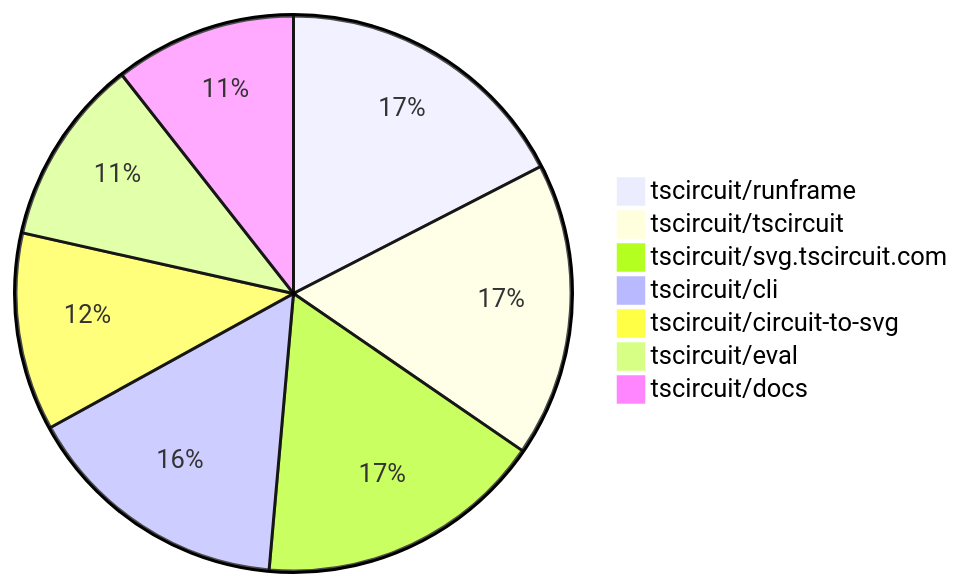
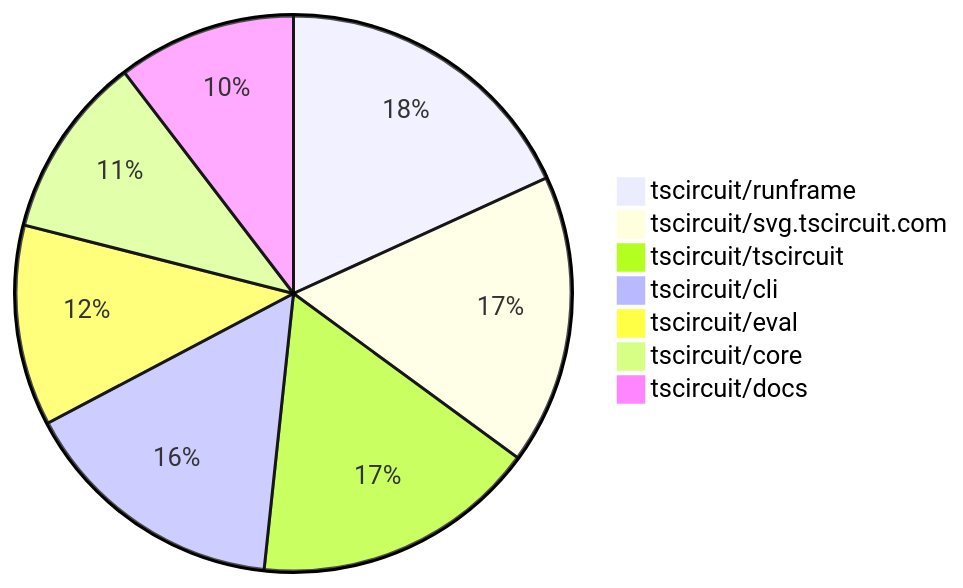
Before and after one commit to tscircuit/contribution-tracker: the second of 2 diagrams in README.md, drawn with Mermaid. The commit also changed other lines of this file and 3 other files, not shown here.

````diff
--- a/README.md
+++ b/README.md
@@ -145,10 +150,10 @@
 ```mermaid
 pie
-    "tscircuit/runframe" : 56
-    "tscircuit/tscircuit" : 55
-    "tscircuit/svg.tscircuit.com" : 54
-    "tscircuit/cli" : 50
-    "tscircuit/circuit-to-svg" : 37
-    "tscircuit/eval" : 35
-    "tscircuit/docs" : 34
+    "tscircuit/runframe" : 70
+    "tscircuit/svg.tscircuit.com" : 65
+    "tscircuit/tscircuit" : 64
+    "tscircuit/cli" : 60
+    "tscircuit/eval" : 45
+    "tscircuit/core" : 41
+    "tscircuit/docs" : 40
 ```
````
